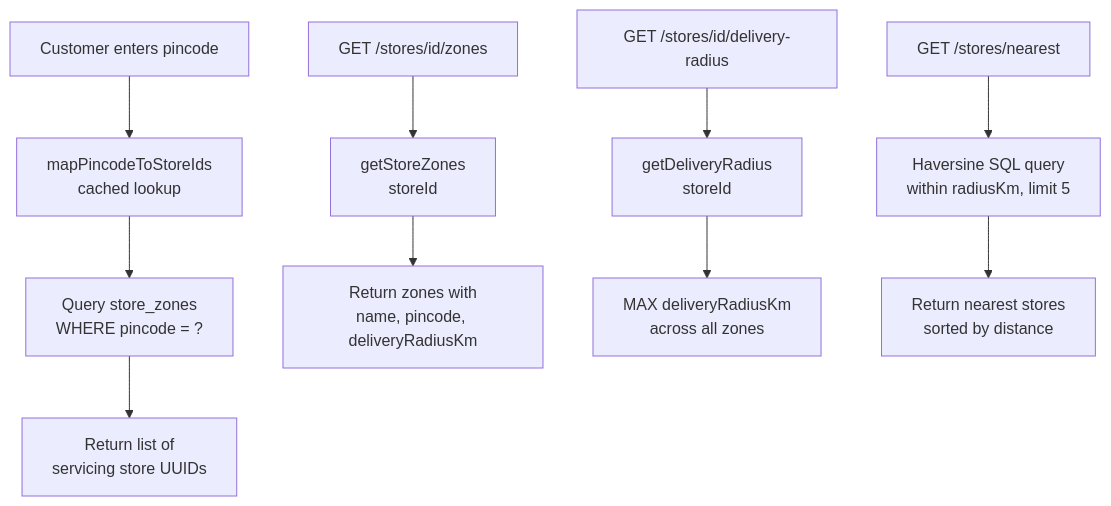
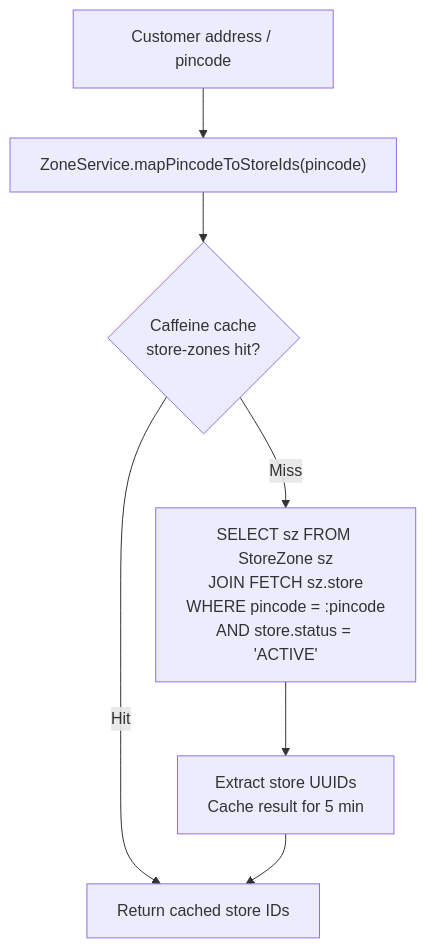
One commit to sunitakeazycommerz-a11y/InstaCommerce changed the seventh of 7 diagrams in services/warehouse-service/README.md. Above: the diagram before and after it, drawn with Mermaid. The commit also changed other lines of this file and 554 other files, not shown here.

````diff
--- a/services/warehouse-service/README.md
+++ b/services/warehouse-service/README.md
@@ -61,15 +339,9 @@
 ```mermaid
 flowchart TD
-    A[Customer enters pincode] --> B[mapPincodeToStoreIds<br/>cached lookup]
-    B --> C[Query store_zones<br/>WHERE pincode = ?]
-    C --> D[Return list of<br/>servicing store UUIDs]
-
-    E[GET /stores/id/zones] --> F[getStoreZones<br/>storeId]
-    F --> G[Return zones with<br/>name, pincode, deliveryRadiusKm]
-
-    H[GET /stores/id/delivery-radius] --> I[getDeliveryRadius<br/>storeId]
-    I --> J[MAX deliveryRadiusKm<br/>across all zones]
-
-    K[GET /stores/nearest] --> L[Haversine SQL query<br/>within radiusKm, limit 5]
-    L --> M[Return nearest stores<br/>sorted by distance]
+    A[Customer address / pincode] --> B["ZoneService.mapPincodeToStoreIds(pincode)"]
+    B --> C{Caffeine cache<br/>store-zones hit?}
+    C -->|Hit| D[Return cached store IDs]
+    C -->|Miss| E["SELECT sz FROM StoreZone sz<br/>JOIN FETCH sz.store<br/>WHERE pincode = :pincode<br/>AND store.status = 'ACTIVE'"]
+    E --> F[Extract store UUIDs<br/>Cache result for 5 min]
+    F --> D
 ```
````
